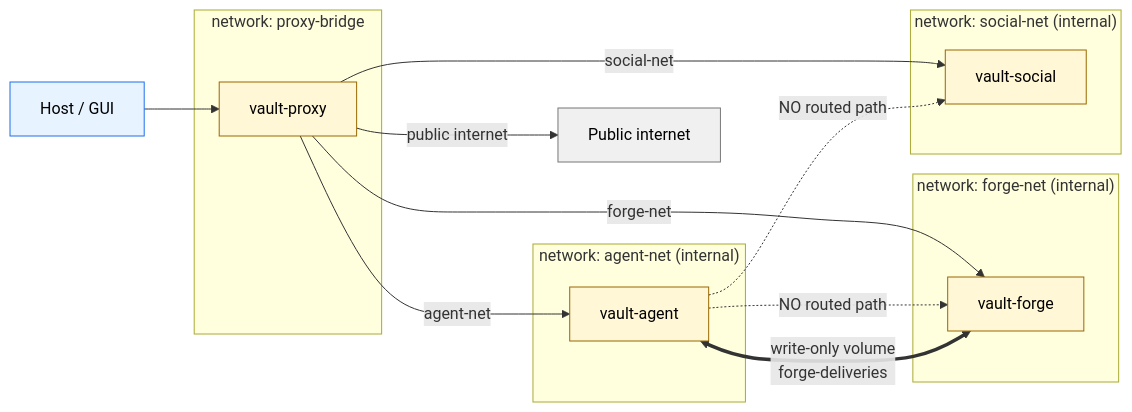
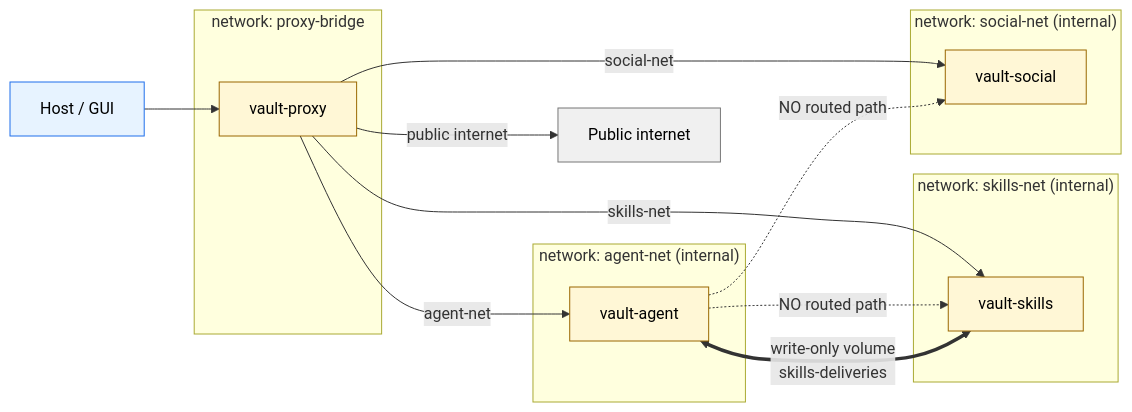
The third of 5 diagrams in docs/diagrams.md (albertdobmeyer/opentrapp), drawn with Mermaid before and after one commit. The commit also changed other lines of this file and 227 other files, not shown here.

First line of the commit message:
refactor(m0): rename forge → skills (v0.6 naming gate)

````diff
--- a/docs/diagrams.md
+++ b/docs/diagrams.md
@@ -118,37 +118,37 @@
 ```mermaid
 flowchart LR
     subgraph N1["network: agent-net (internal)"]
         AGENT[vault-agent]
     end
 
-    subgraph N2["network: forge-net (internal)"]
-        FORGE[vault-forge]
+    subgraph N2["network: skills-net (internal)"]
+        FORGE[vault-skills]
     end
 
     subgraph N3["network: social-net (internal)"]
         PIONEER[vault-social]
     end
 
     subgraph N4["network: proxy-bridge"]
         PROXY[vault-proxy]
     end
 
     PROXY -- "agent-net" --> AGENT
-    PROXY -- "forge-net" --> FORGE
+    PROXY -- "skills-net" --> FORGE
     PROXY -- "social-net" --> PIONEER
     PROXY -->|public internet| INET[Public internet]
 
     AGENT -.->|"NO routed path"| FORGE
     AGENT -.->|"NO routed path"| PIONEER
-    AGENT <==>|"write-only volume<br/>forge-deliveries"| FORGE
+    AGENT <==>|"write-only volume<br/>skills-deliveries"| FORGE
 
     HOST[Host / GUI] --> PROXY
 
     classDef cont fill:#fff7d6,stroke:#9a6700,color:#000
     classDef host fill:#e7f3ff,stroke:#1f6feb,color:#000
     classDef inet fill:#f0f0f0,stroke:#777,color:#000
 
     class AGENT,FORGE,PIONEER,PROXY cont
     class HOST host
     class INET inet
 ```
````
